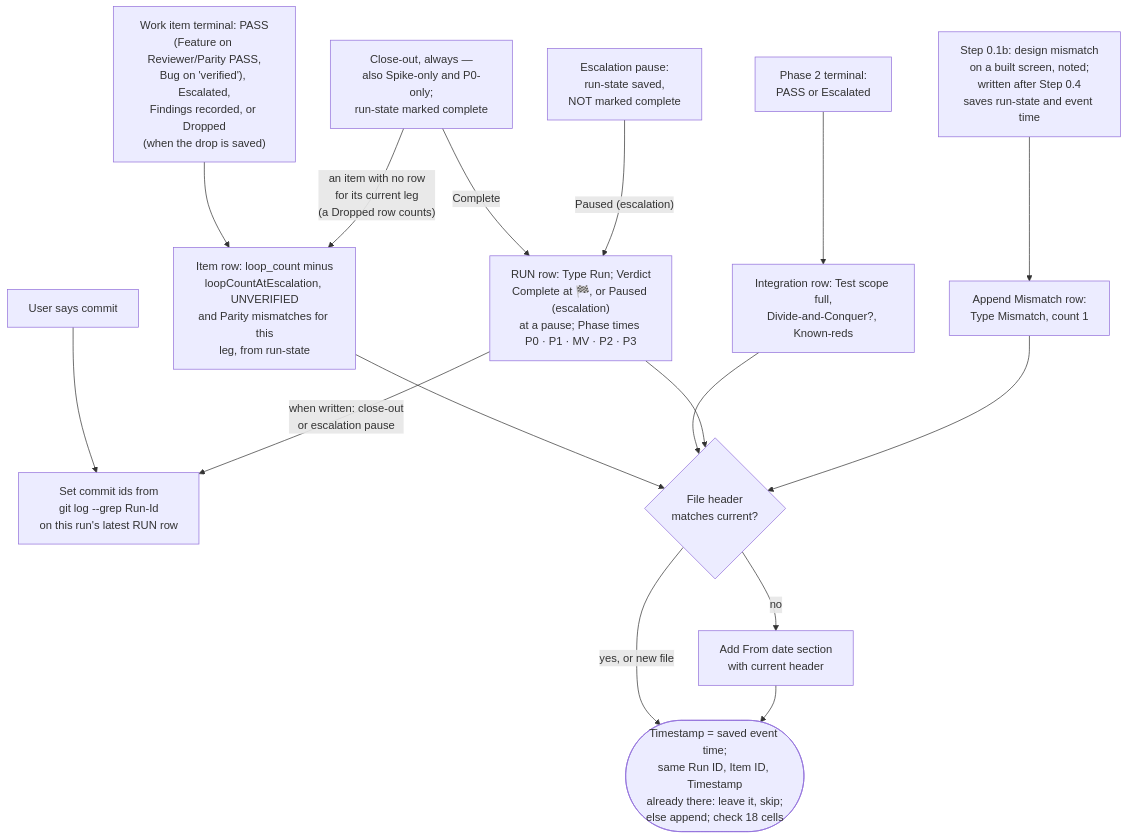
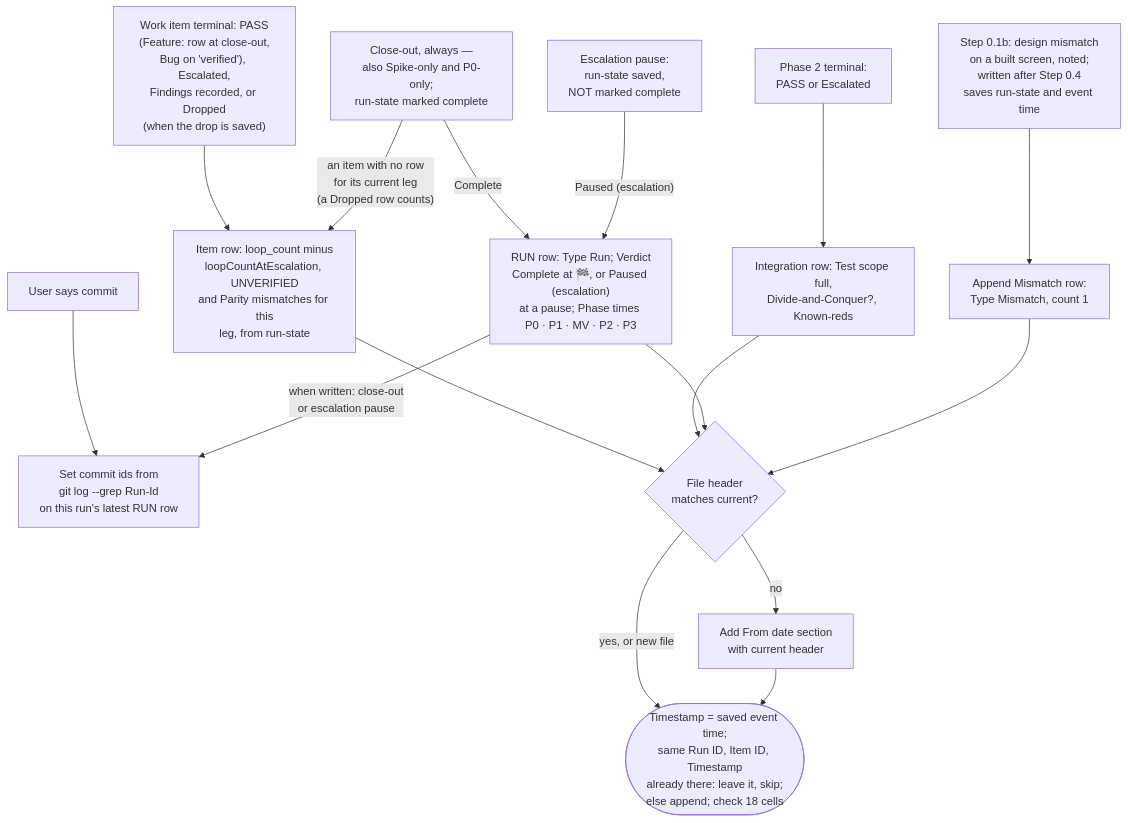
The diagram in skills/orchestrator-development-pattern/mermaid/09-metrics.md (muhammedalikhan86/claude-stash), drawn with Mermaid before and after one commit. The commit also changed other lines of this file and 17 other files, not shown here.

````diff
--- a/skills/orchestrator-development-pattern/mermaid/09-metrics.md
+++ b/skills/orchestrator-development-pattern/mermaid/09-metrics.md
@@ -6,32 +6,32 @@
 ```mermaid
 flowchart TD
-    Item["Work item terminal: PASS<br/>(Feature on Reviewer/Parity PASS,<br/>Bug on 'verified'), Escalated,<br/>Findings recorded, or Dropped<br/>(when the drop is saved)"]
+    Item["Work item terminal: PASS<br/>(Feature: row at close-out,<br/>Bug on 'verified'), Escalated,<br/>Findings recorded, or Dropped<br/>(when the drop is saved)"]
     Int["Phase 2 terminal:<br/>PASS or Escalated"]
     Close["Close-out, always —<br/>also Spike-only and P0-only;<br/>run-state marked complete"]
     Pause["Escalation pause:<br/>run-state saved,<br/>NOT marked complete"]
     Mis["Step 0.1b: design mismatch<br/>on a built screen, noted;<br/>written after Step 0.4<br/>saves run-state and event time"]
     RowI["Item row: loop_count minus<br/>loopCountAtEscalation, UNVERIFIED<br/>and Parity mismatches for this<br/>leg, from run-state"]
     RowInt["Integration row: Test scope full,<br/>Divide-and-Conquer?, Known-reds"]
     RowRun["RUN row: Type Run; Verdict<br/>Complete at 🏁, or Paused (escalation)<br/>at a pause; Phase times P0 · P1 · MV · P2 · P3"]
     Commit["User says commit"]
     Ids["Set commit ids from<br/>git log --grep Run-Id<br/>on this run's latest RUN row"]
     RowM["Append Mismatch row:<br/>Type Mismatch, count 1"]
     Hdr{"File header<br/>matches current?"}
     New["Add From date section<br/>with current header"]
     App(["Timestamp = saved event time;<br/>same Run ID, Item ID, Timestamp<br/>already there: leave it, skip;<br/>else append; check 18 cells"])
 
     Item --> RowI
     Int --> RowInt
     Close -->|"an item with no row<br/>for its current leg<br/>(a Dropped row counts)"| RowI
     Close -->|"Complete"| RowRun
     Pause -->|"Paused (escalation)"| RowRun
     Mis --> RowM
     Commit --> Ids
     RowRun -->|"when written: close-out<br/>or escalation pause"| Ids
     RowI --> Hdr
     RowInt --> Hdr
     RowRun --> Hdr
     RowM --> Hdr
     Hdr -->|"yes, or new file"| App
     Hdr -->|no| New --> App
 ```
````
